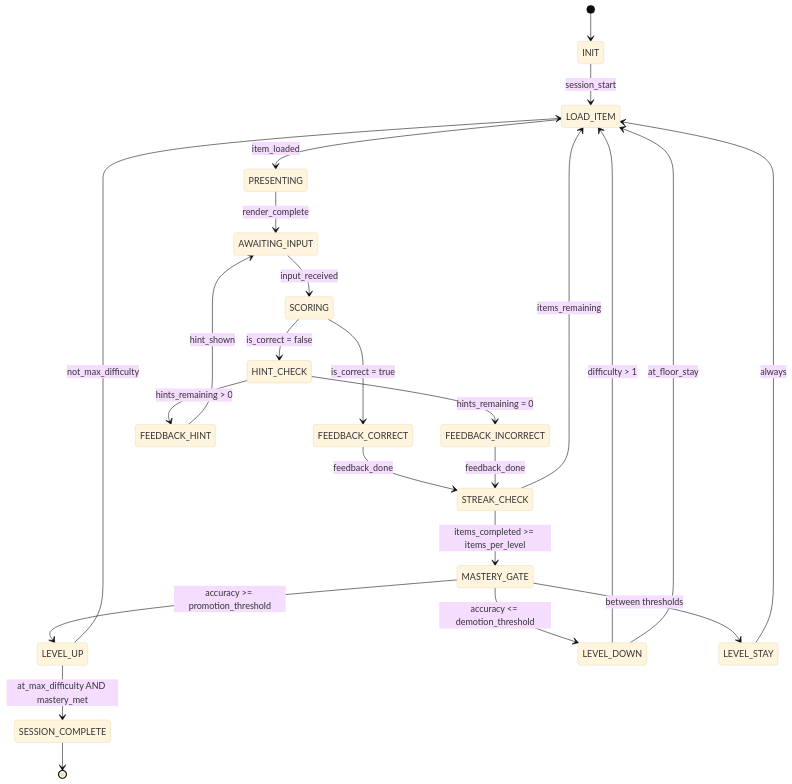
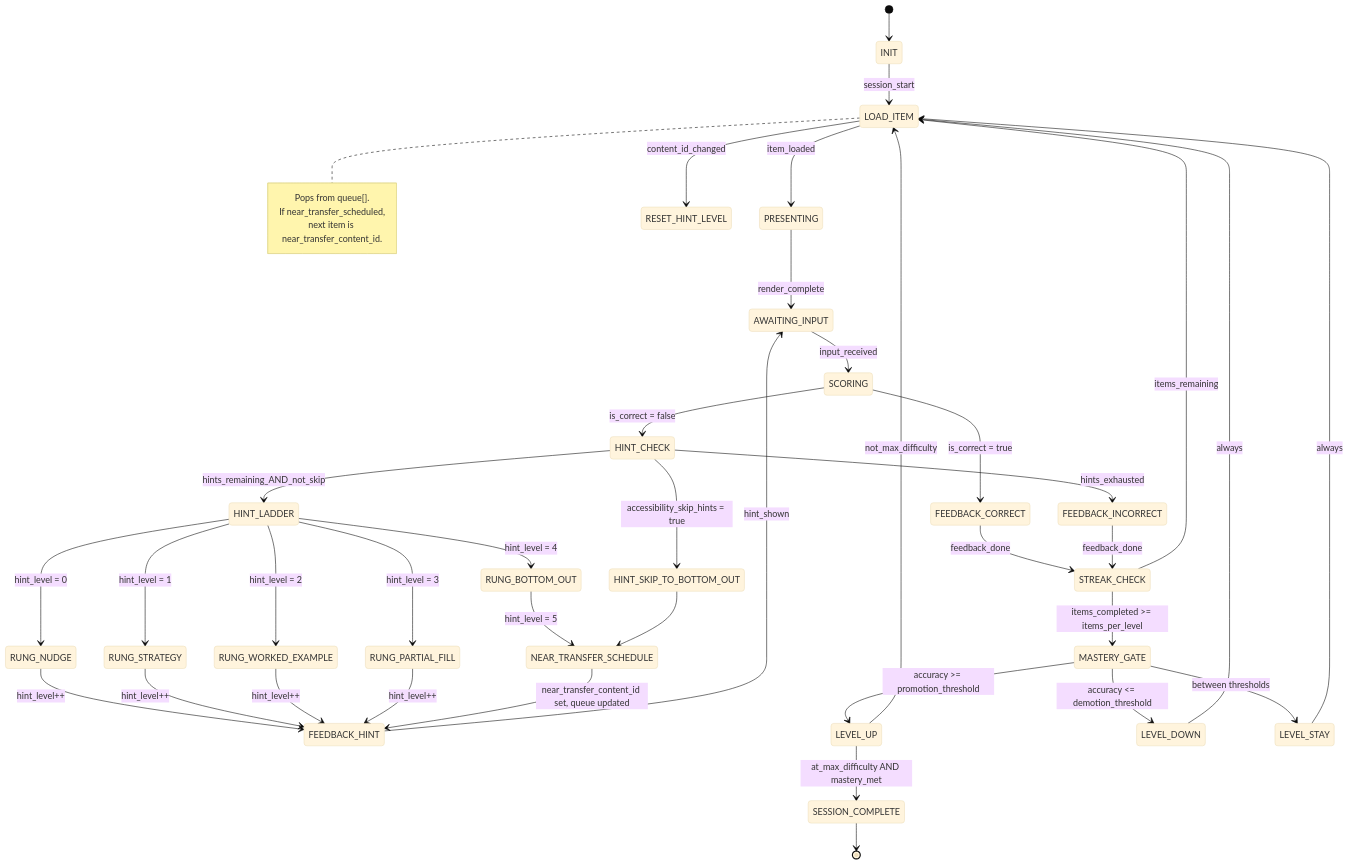
The diagram in docs/engines/micro-skill-drill.md (rcmiller01/AI_Tutor), drawn with Mermaid (base theme) before and after one commit. The commit also changed other lines of this file and 43 other files, not shown here.

````diff
--- a/docs/engines/micro-skill-drill.md
+++ b/docs/engines/micro-skill-drill.md
@@ -11,26 +14,53 @@
 ```mermaid
 stateDiagram-v2
     [*] --> INIT
     INIT --> LOAD_ITEM : session_start
     LOAD_ITEM --> PRESENTING : item_loaded
     PRESENTING --> AWAITING_INPUT : render_complete
     AWAITING_INPUT --> SCORING : input_received
     SCORING --> FEEDBACK_CORRECT : is_correct = true
     SCORING --> HINT_CHECK : is_correct = false
-    HINT_CHECK --> FEEDBACK_HINT : hints_remaining > 0
-    HINT_CHECK --> FEEDBACK_INCORRECT : hints_remaining = 0
+
+    HINT_CHECK --> HINT_LADDER : hints_remaining_AND_not_skip
+    HINT_CHECK --> HINT_SKIP_TO_BOTTOM_OUT : accessibility_skip_hints = true
+    HINT_CHECK --> FEEDBACK_INCORRECT : hints_exhausted
+
+    HINT_LADDER --> RUNG_NUDGE : hint_level = 0
+    HINT_LADDER --> RUNG_STRATEGY : hint_level = 1
+    HINT_LADDER --> RUNG_WORKED_EXAMPLE : hint_level = 2
+    HINT_LADDER --> RUNG_PARTIAL_FILL : hint_level = 3
+    HINT_LADDER --> RUNG_BOTTOM_OUT : hint_level = 4
+
+    RUNG_NUDGE --> FEEDBACK_HINT : hint_level++
+    RUNG_STRATEGY --> FEEDBACK_HINT : hint_level++
+    RUNG_WORKED_EXAMPLE --> FEEDBACK_HINT : hint_level++
+    RUNG_PARTIAL_FILL --> FEEDBACK_HINT : hint_level++
+    RUNG_BOTTOM_OUT --> NEAR_TRANSFER_SCHEDULE : hint_level = 5
+    HINT_SKIP_TO_BOTTOM_OUT --> NEAR_TRANSFER_SCHEDULE
+
+    NEAR_TRANSFER_SCHEDULE --> FEEDBACK_HINT : near_transfer_content_id set, queue updated
+
     FEEDBACK_HINT --> AWAITING_INPUT : hint_shown
     FEEDBACK_CORRECT --> STREAK_CHECK : feedback_done
     FEEDBACK_INCORRECT --> STREAK_CHECK : feedback_done
+
     STREAK_CHECK --> MASTERY_GATE : items_completed >= items_per_level
     STREAK_CHECK --> LOAD_ITEM : items_remaining
+
+    LOAD_ITEM --> RESET_HINT_LEVEL : content_id_changed
+
     MASTERY_GATE --> LEVEL_UP : accuracy >= promotion_threshold
     MASTERY_GATE --> LEVEL_DOWN : accuracy <= demotion_threshold
     MASTERY_GATE --> LEVEL_STAY : between thresholds
     LEVEL_UP --> SESSION_COMPLETE : at_max_difficulty AND mastery_met
     LEVEL_UP --> LOAD_ITEM : not_max_difficulty
-    LEVEL_DOWN --> LOAD_ITEM : difficulty > 1
-    LEVEL_DOWN --> LOAD_ITEM : at_floor_stay
+    LEVEL_DOWN --> LOAD_ITEM : always
     LEVEL_STAY --> LOAD_ITEM : always
     SESSION_COMPLETE --> [*]
+
+    note right of LOAD_ITEM
+        Pops from queue[].
+        If near_transfer_scheduled,
+        next item is near_transfer_content_id.
+    end note
 ```
````
